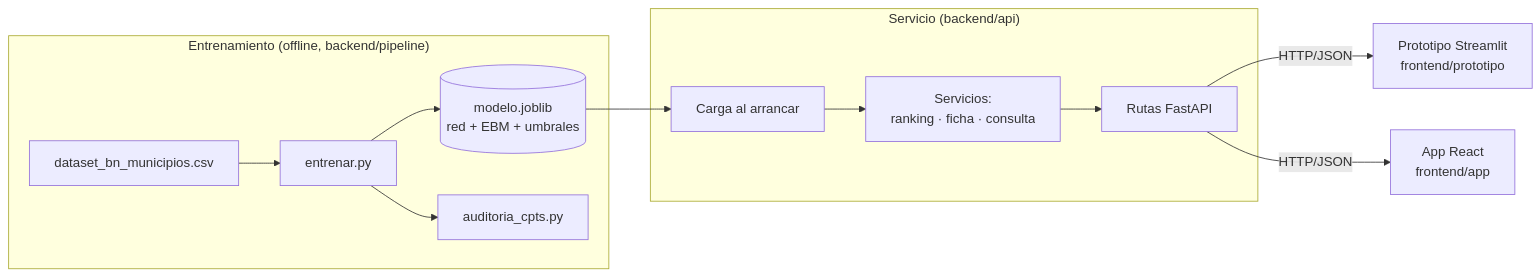
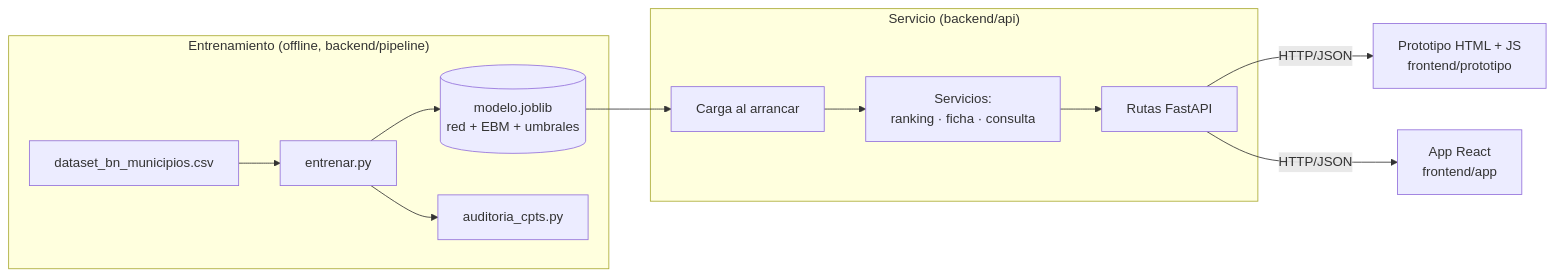
The first of 2 diagrams in docs/arquitectura/BACKEND.md (GF3000/madrid-179), drawn with Mermaid before and after one commit. The commit also changed other lines of this file and 38 other files, not shown here.

````diff
--- a/docs/arquitectura/BACKEND.md
+++ b/docs/arquitectura/BACKEND.md
@@ -24,15 +24,15 @@
 ```mermaid
 flowchart LR
     subgraph Entrenamiento ["Entrenamiento (offline, backend/pipeline)"]
         D[dataset_bn_municipios.csv] --> E[entrenar.py]
         E --> A[(modelo.joblib<br/>red + EBM + umbrales)]
         E --> AU[auditoria_cpts.py]
     end
     subgraph Servicio ["Servicio (backend/api)"]
         A --> C[Carga al arrancar]
         C --> S[Servicios:<br/>ranking · ficha · consulta]
         S --> R[Rutas FastAPI]
     end
-    R -- HTTP/JSON --> P[Prototipo Streamlit<br/>frontend/prototipo]
+    R -- HTTP/JSON --> P[Prototipo HTML + JS<br/>frontend/prototipo]
     R -- HTTP/JSON --> F[App React<br/>frontend/app]
 ```
````
